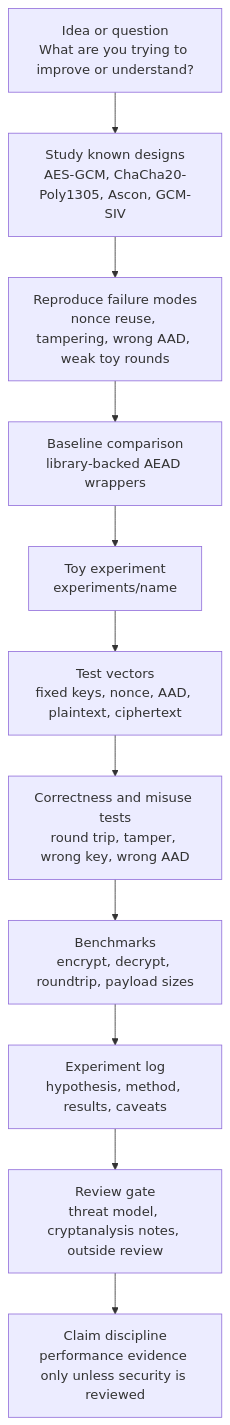
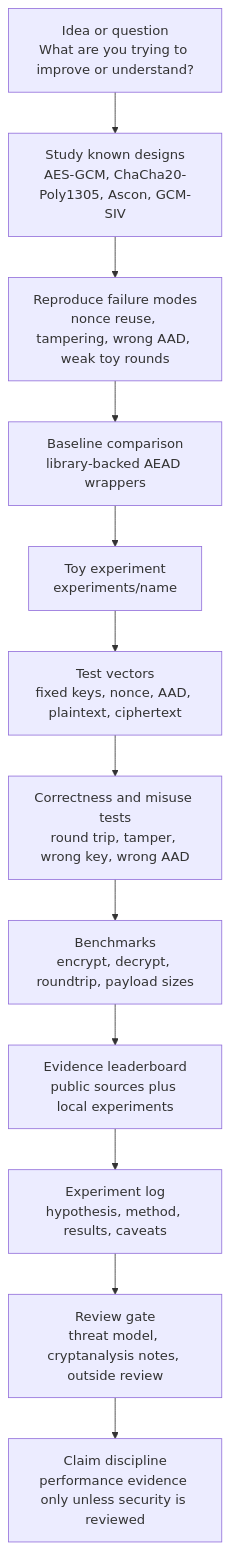
Before and after one commit to authcollapse/nofucksgiven: the diagram in docs/development-map.md, drawn with Mermaid. The commit also changed 7 other files, not shown here.

Commit message:
Add encryption evidence leaderboard

````diff
--- a/docs/development-map.md
+++ b/docs/development-map.md
@@ -7,25 +7,27 @@
 ```mermaid
 flowchart TD
     IDEA["Idea or question<br/>What are you trying to improve or understand?"]
     STUDY["Study known designs<br/>AES-GCM, ChaCha20-Poly1305, Ascon, GCM-SIV"]
     FAILURE["Reproduce failure modes<br/>nonce reuse, tampering, wrong AAD, weak toy rounds"]
     BASELINE["Baseline comparison<br/>library-backed AEAD wrappers"]
     EXPERIMENT["Toy experiment<br/>experiments/name"]
     VECTORS["Test vectors<br/>fixed keys, nonce, AAD, plaintext, ciphertext"]
     TESTS["Correctness and misuse tests<br/>round trip, tamper, wrong key, wrong AAD"]
     BENCH["Benchmarks<br/>encrypt, decrypt, roundtrip, payload sizes"]
+    BOARD["Evidence leaderboard<br/>public sources plus local experiments"]
     LOG["Experiment log<br/>hypothesis, method, results, caveats"]
     REVIEW["Review gate<br/>threat model, cryptanalysis notes, outside review"]
     CLAIM["Claim discipline<br/>performance evidence only unless security is reviewed"]
 
     IDEA --> STUDY
     STUDY --> FAILURE
     FAILURE --> BASELINE
     BASELINE --> EXPERIMENT
     EXPERIMENT --> VECTORS
     VECTORS --> TESTS
     TESTS --> BENCH
-    BENCH --> LOG
+    BENCH --> BOARD
+    BOARD --> LOG
     LOG --> REVIEW
     REVIEW --> CLAIM
 ```
````
